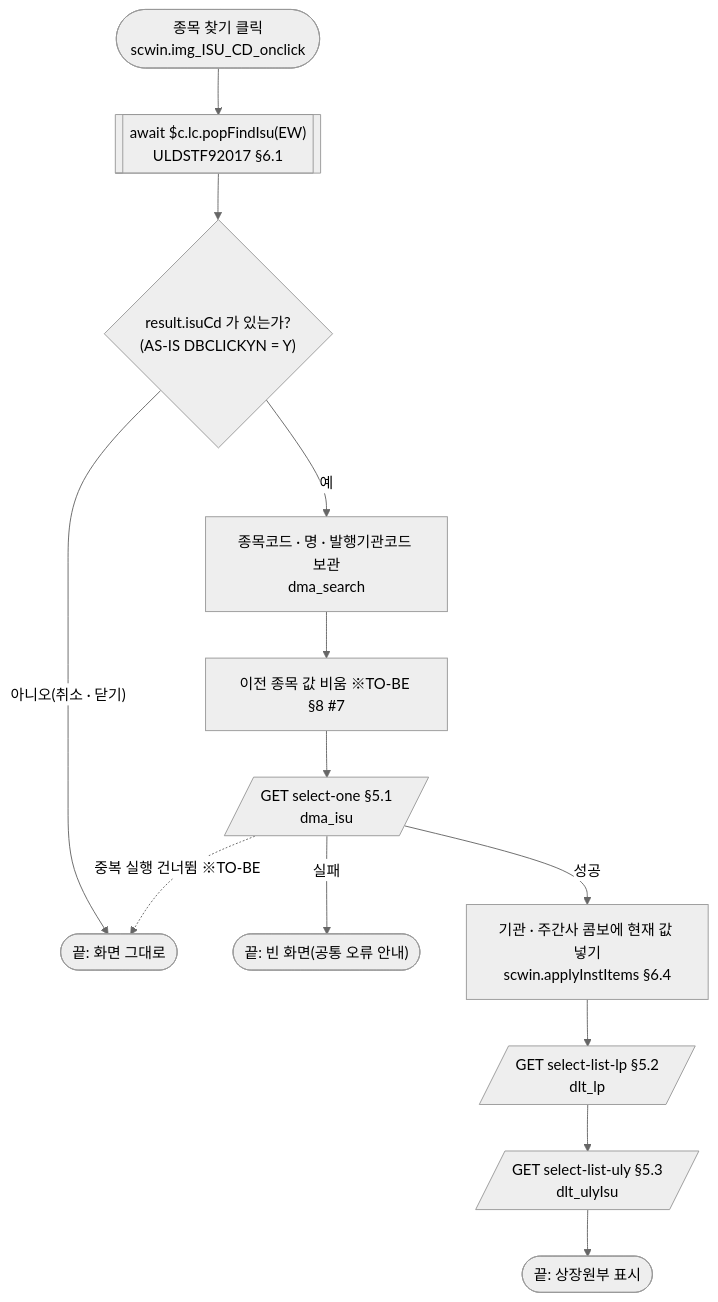
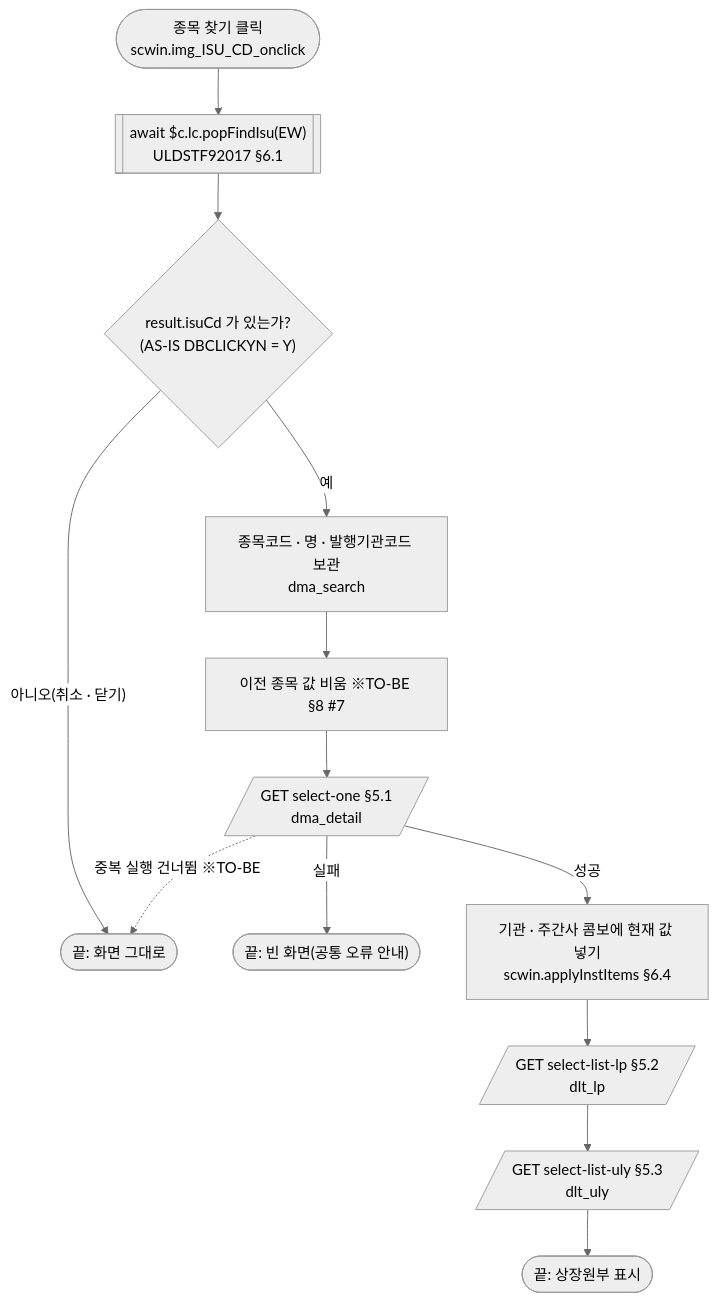
Before and after one commit to jcpark-alt/KRX_CRAFT: the third of 5 diagrams in conversion/conversion-front/ui/completed/ULDSTF05923/ULDSTF05923.md, drawn with Mermaid (neutral theme). The commit also changed other lines of this file and 32 other files, not shown here.

````diff
--- a/conversion/conversion-front/ui/completed/ULDSTF05923/ULDSTF05923.md
+++ b/conversion/conversion-front/ui/completed/ULDSTF05923/ULDSTF05923.md
@@ -85,15 +85,15 @@
 ```mermaid
 flowchart TD
     S(["종목 찾기 클릭<br/>scwin.img_ISU_CD_onclick"]) --> P[["await $c.lc.popFindIsu(EW)<br/>ULDSTF92017 §6.1"]]
     P --> R{"result.isuCd 가 있는가?<br/>(AS-IS DBCLICKYN = Y)"}
     R -- "아니오(취소 · 닫기)" --> E1(["끝: 화면 그대로"])
     R -- "예" --> F["종목코드 · 명 · 발행기관코드 보관<br/>dma_search"]
     F --> CL["이전 종목 값 비움 ※TO-BE §8 #7"]
-    CL --> T1[/"GET select-one §5.1<br/>dma_isu"/]
+    CL --> T1[/"GET select-one §5.1<br/>dma_detail"/]
     T1 -. "중복 실행 건너뜀 ※TO-BE" .-> E1
     T1 -- "실패" --> E2(["끝: 빈 화면(공통 오류 안내)"])
     T1 -- "성공" --> A["기관 · 주간사 콤보에 현재 값 넣기<br/>scwin.applyInstItems §6.4"]
     A --> T2[/"GET select-list-lp §5.2<br/>dlt_lp"/]
-    T2 --> T3[/"GET select-list-uly §5.3<br/>dlt_ulyIsu"/]
+    T2 --> T3[/"GET select-list-uly §5.3<br/>dlt_uly"/]
     T3 --> E3(["끝: 상장원부 표시"])
 ```
````
